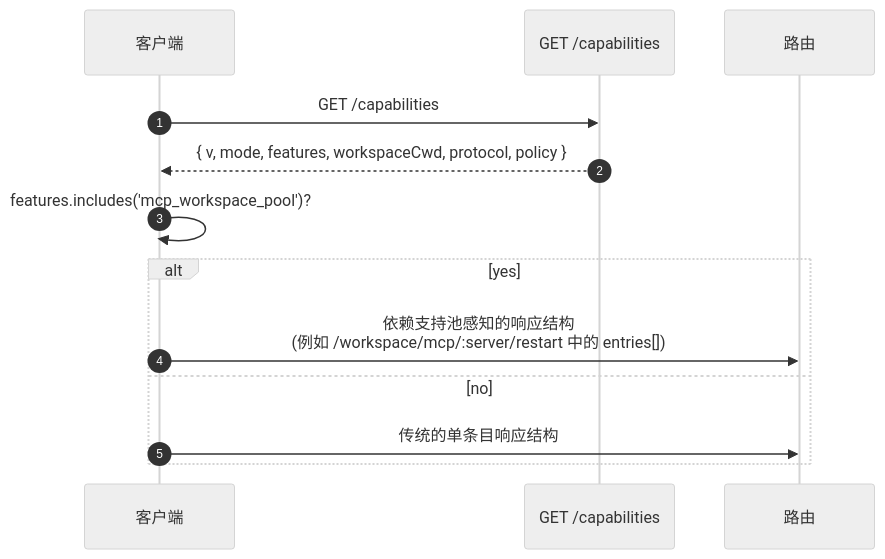
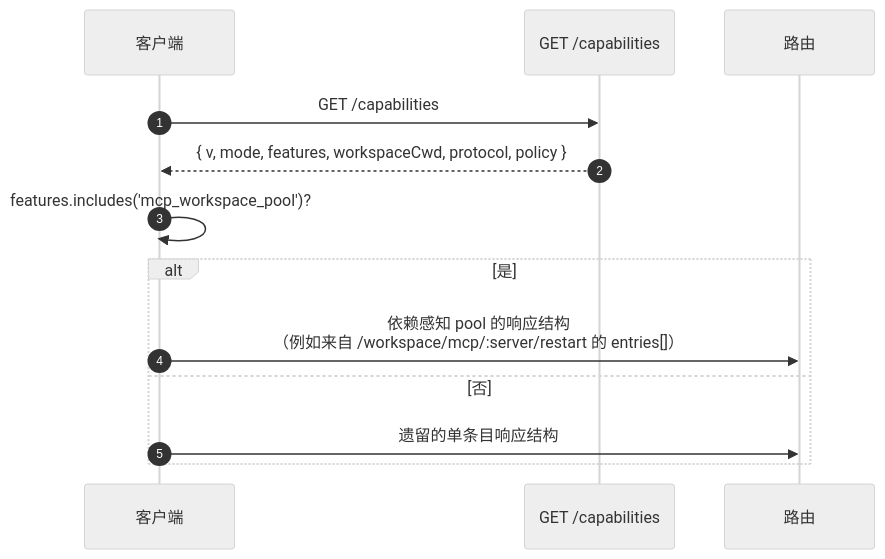
Before and after one commit to QwenLM/qwen-code-docs: the second of 2 diagrams in website/content/zh/developers/daemon/11-capabilities-versioning.md, drawn with Mermaid (neutral theme). The commit also changed other lines of this file and 162 other files, not shown here.

````diff
--- a/website/content/zh/developers/daemon/11-capabilities-versioning.md
+++ b/website/content/zh/developers/daemon/11-capabilities-versioning.md
@@ -132,16 +142,16 @@
 ```mermaid
 sequenceDiagram
     autonumber
     participant C as 客户端
     participant D as GET /capabilities
     participant R as 路由
 
     C->>D: GET /capabilities
     D-->>C: { v, mode, features, workspaceCwd, protocol, policy }
     C->>C: features.includes('mcp_workspace_pool')?
-    alt yes
-        C->>R: 依赖支持池感知的响应结构<br/>(例如 /workspace/mcp/:server/restart 中的 entries[])
-    else no
-        C->>R: 传统的单条目响应结构
+    alt 是
+        C->>R: 依赖感知 pool 的响应结构<br/>（例如来自 /workspace/mcp/:server/restart 的 entries[]）
+    else 否
+        C->>R: 遗留的单条目响应结构
     end
 ```
````
